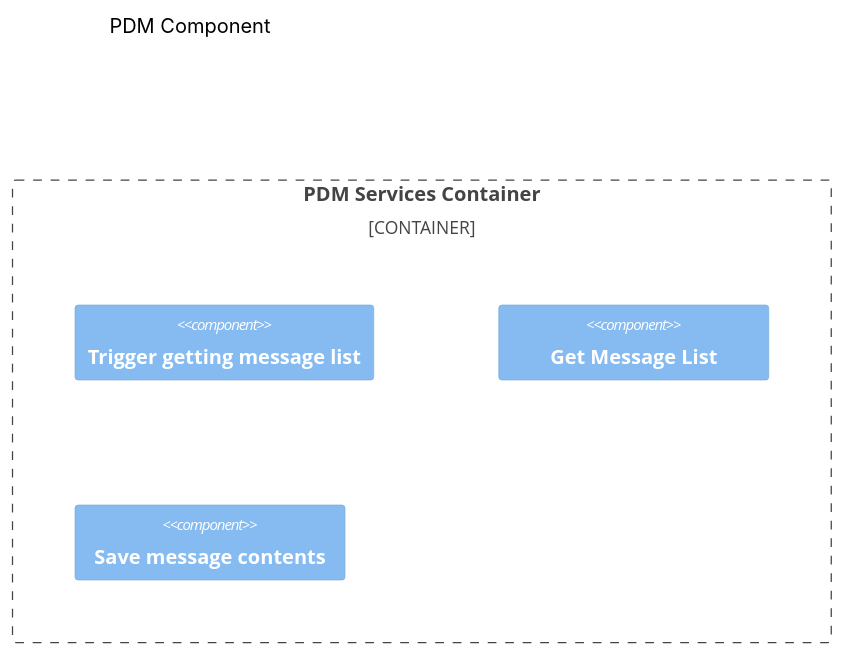
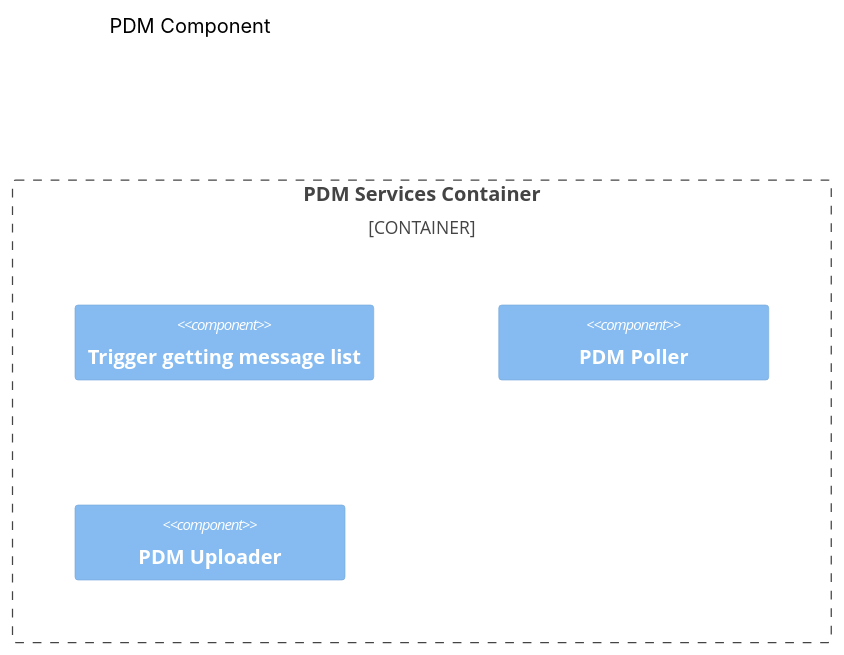
Before and after one commit to RossBugginsNHS/nhs-notify-digital-letters: the diagram in docs/collections/_diagrams/c4component-pdm.md, drawn with Mermaid (neutral theme). The commit also changed 20 other files, not shown here.

First line of the commit message:
CCM-12774: Updated event names. Added reporting architecture (#77)

````diff
--- a/docs/collections/_diagrams/c4component-pdm.md
+++ b/docs/collections/_diagrams/c4component-pdm.md
@@ -7,12 +7,12 @@
 ```mermaid
     C4Component
     title PDM Component
     Container_Boundary(meshcontainer, "PDM Services Container") {
 
          Component(poller, "Trigger getting message list")
-         Component(retriemeta, "Get Message List")
-         Component(saver, "Save message contents")
+         Component(retriemeta, "PDM Poller")
+         Component(saver, "PDM Uploader")
 
 
     }
 ```
````
